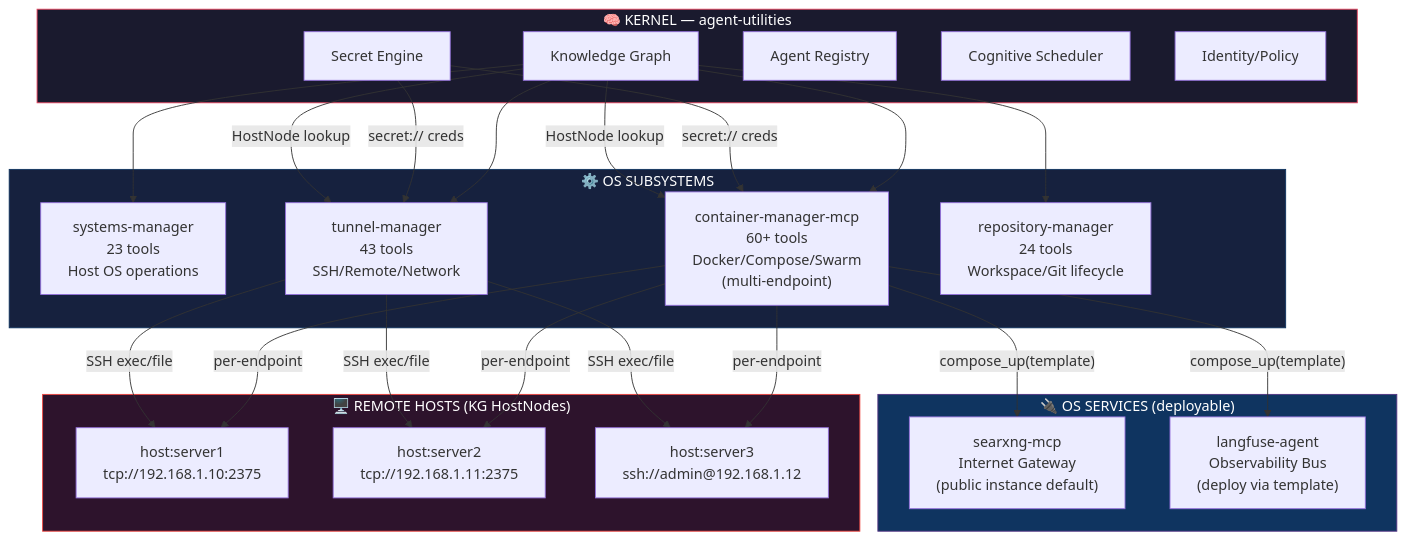
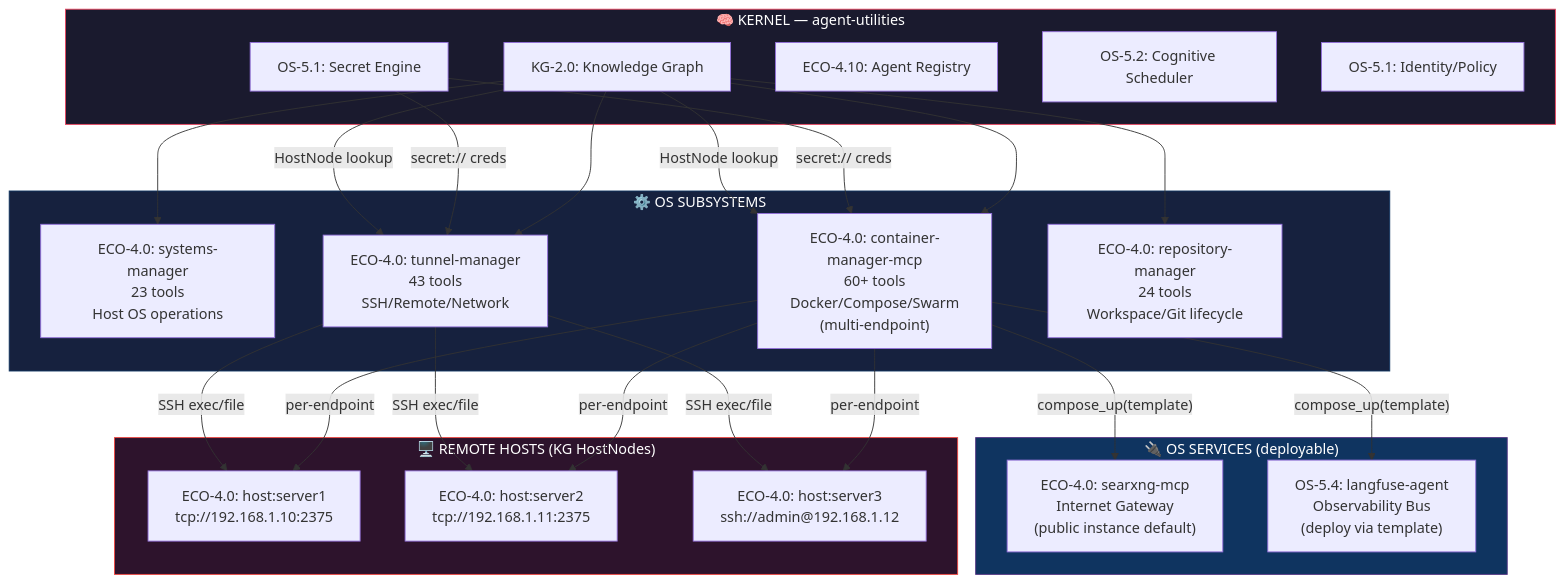
One commit to Knuckles-Team/agent-utilities changed the first of 5 diagrams in docs/guides/agent-os-architecture.md. Above: the diagram before and after it, drawn with Mermaid. The commit also changed other lines of this file and 325 other files, not shown here.

````diff
--- a/docs/guides/agent-os-architecture.md
+++ b/docs/guides/agent-os-architecture.md
@@ -11,41 +11,41 @@
 ```mermaid
 graph TB
     subgraph KERNEL["🧠 KERNEL — agent-utilities"]
-        KG[Knowledge Graph]
-        SEC[Secret Engine]
-        REG[Agent Registry]
-        SCHED[Cognitive Scheduler]
-        ID[Identity/Policy]
+        KG[KG-2.0: Knowledge Graph]
+        SEC[OS-5.1: Secret Engine]
+        REG[ECO-4.10: Agent Registry]
+        SCHED[OS-5.2: Cognitive Scheduler]
+        ID[OS-5.1: Identity/Policy]
     end
 
     subgraph OS_LAYER["⚙️ OS SUBSYSTEMS"]
-        SM["systems-manager\n23 tools\nHost OS operations"]
-        CM["container-manager-mcp\n60+ tools\nDocker/Compose/Swarm\n(multi-endpoint)"]
-        TM["tunnel-manager\n43 tools\nSSH/Remote/Network"]
-        RM["repository-manager\n24 tools\nWorkspace/Git lifecycle"]
+        SM["ECO-4.0: systems-manager\n23 tools\nHost OS operations"]
+        CM["ECO-4.0: container-manager-mcp\n60+ tools\nDocker/Compose/Swarm\n(multi-endpoint)"]
+        TM["ECO-4.0: tunnel-manager\n43 tools\nSSH/Remote/Network"]
+        RM["ECO-4.0: repository-manager\n24 tools\nWorkspace/Git lifecycle"]
     end
 
     subgraph OS_SERVICES["🔌 OS SERVICES (deployable)"]
-        SX["searxng-mcp\nInternet Gateway\n(public instance default)"]
-        LF["langfuse-agent\nObservability Bus\n(deploy via template)"]
+        SX["ECO-4.0: searxng-mcp\nInternet Gateway\n(public instance default)"]
+        LF["OS-5.4: langfuse-agent\nObservability Bus\n(deploy via template)"]
     end
 
     subgraph HOSTS["🖥️ REMOTE HOSTS (KG HostNodes)"]
-        H1["host:server1\ntcp://192.168.1.10:2375"]
-        H2["host:server2\ntcp://192.168.1.11:2375"]
-        H3["host:server3\nssh://admin@192.168.1.12"]
+        H1["ECO-4.0: host:server1\ntcp://192.168.1.10:2375"]
+        H2["ECO-4.0: host:server2\ntcp://192.168.1.11:2375"]
+        H3["ECO-4.0: host:server3\nssh://admin@192.168.1.12"]
     end
 
     KG --> SM & CM & TM & RM
     SEC -->|"secret:// creds"| TM & CM
     KG -->|HostNode lookup| CM
     KG -->|HostNode lookup| TM
     CM -->|"per-endpoint"| H1 & H2 & H3
     TM -->|"SSH exec/file"| H1 & H2 & H3
     CM -->|"compose_up(template)"| SX & LF
 
     style KERNEL fill:#1a1a2e,stroke:#e94560,color:#fff
     style OS_LAYER fill:#16213e,stroke:#0f3460,color:#fff
     style OS_SERVICES fill:#0f3460,stroke:#533483,color:#fff
     style HOSTS fill:#2d132c,stroke:#ee4540,color:#fff
 ```
````
